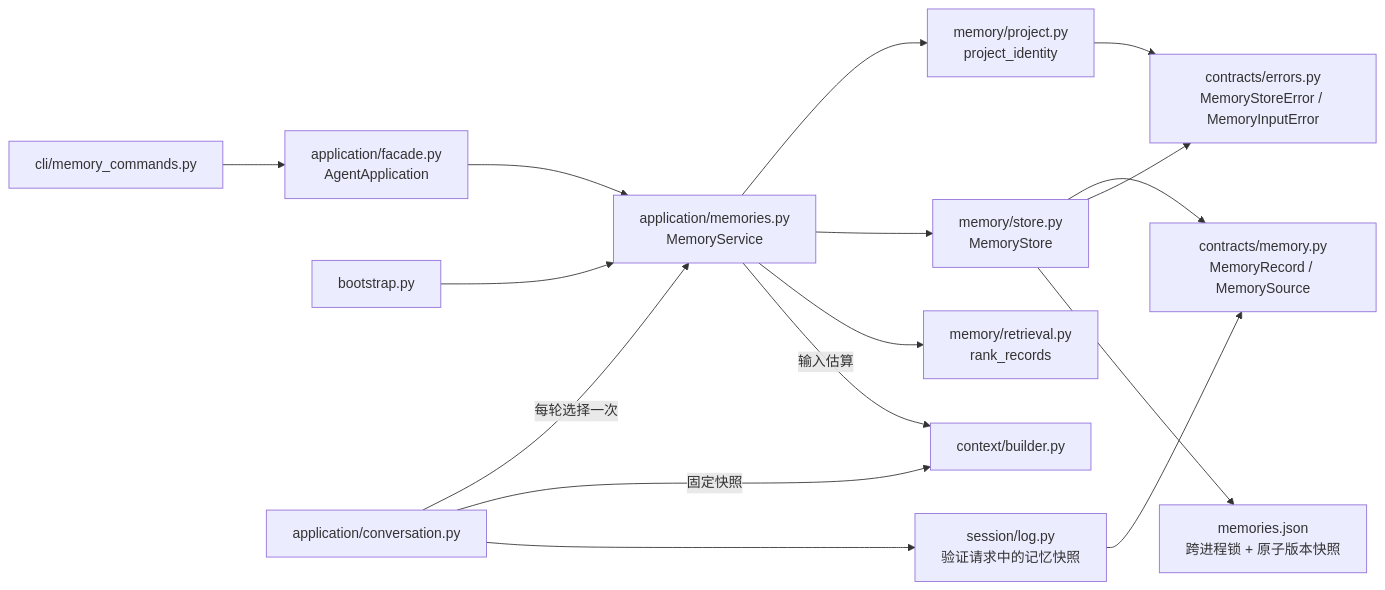
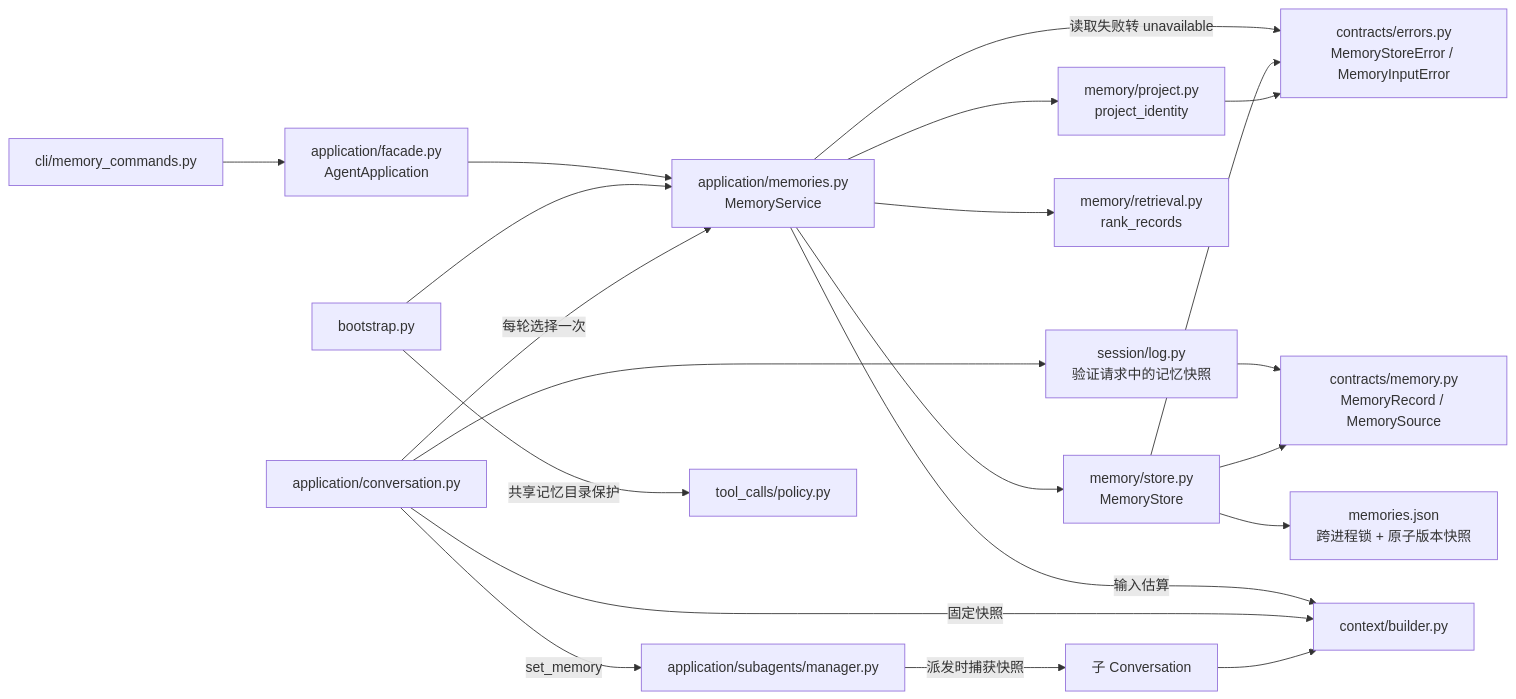
The first of 5 diagrams in docs/architecture.md (Plvltra/AdamAgent), drawn with Mermaid before and after one commit. The commit also changed other lines of this file and 13 other files, not shown here.

````diff
--- a/docs/architecture.md
+++ b/docs/architecture.md
@@ -13,18 +13,23 @@
 ```mermaid
 flowchart LR
     CLI["cli/memory_commands.py"] --> APP["application/facade.py<br/>AgentApplication"]
     APP --> SERVICE["application/memories.py<br/>MemoryService"]
     BOOT["bootstrap.py"] --> SERVICE
     SERVICE --> PROJECT
     SERVICE --> STORE
     CONV["application/conversation.py"] -->|每轮选择一次| SERVICE
     SERVICE --> RANK["memory/retrieval.py<br/>rank_records"]
     SERVICE -->|输入估算| BUILDER["context/builder.py"]
     CONV -->|固定快照| BUILDER
+    CONV -->|set_memory| MANAGER["application/subagents/manager.py"]
+    MANAGER -->|派发时捕获快照| CHILD["子 Conversation"]
+    CHILD --> BUILDER
+    BOOT -->|共享记忆目录保护| POLICY["tool_calls/policy.py"]
+    SERVICE -->|读取失败转 unavailable| ERR
     CONV --> LOG["session/log.py<br/>验证请求中的记忆快照"]
     LOG --> RECORD
     STORE["memory/store.py<br/>MemoryStore"] --> RECORD["contracts/memory.py<br/>MemoryRecord / MemorySource"]
     STORE --> ERR["contracts/errors.py<br/>MemoryStoreError / MemoryInputError"]
     PROJECT["memory/project.py<br/>project_identity"] --> ERR
     STORE --> FILE["memories.json<br/>跨进程锁 + 原子版本快照"]
 ```
````
